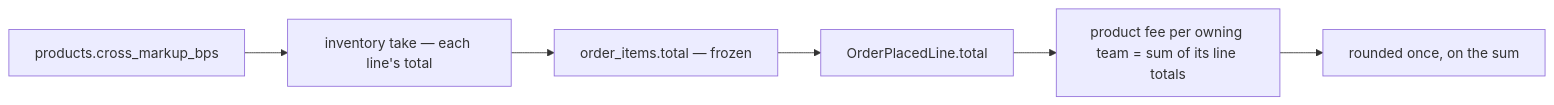
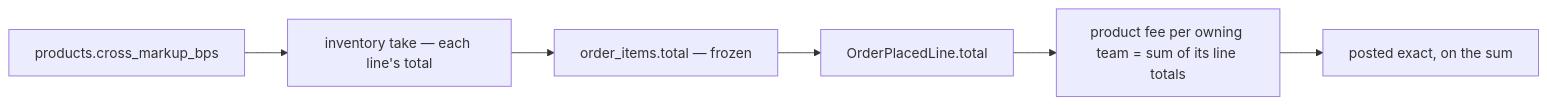
One commit to pdcgo/warehouse_revamp changed the fifth of 13 diagrams in docs/services/liability_service/rpc.md. Above: the diagram before and after it, drawn with Mermaid. The commit also changed other lines of this file and 445 other files, not shown here.

````diff
--- a/docs/services/liability_service/rpc.md
+++ b/docs/services/liability_service/rpc.md
@@ -201,8 +221,8 @@
 ```mermaid
 flowchart LR
   P["products.cross_markup_bps"] --> T["inventory take — each line's total"]
   T --> O["order_items.total — frozen"]
   O --> E["OrderPlacedLine.total"]
   E --> F["product fee per owning team = sum of its line totals"]
-  F --> R["rounded once, on the sum"]
+  F --> R["posted exact, on the sum"]
 ```
````
